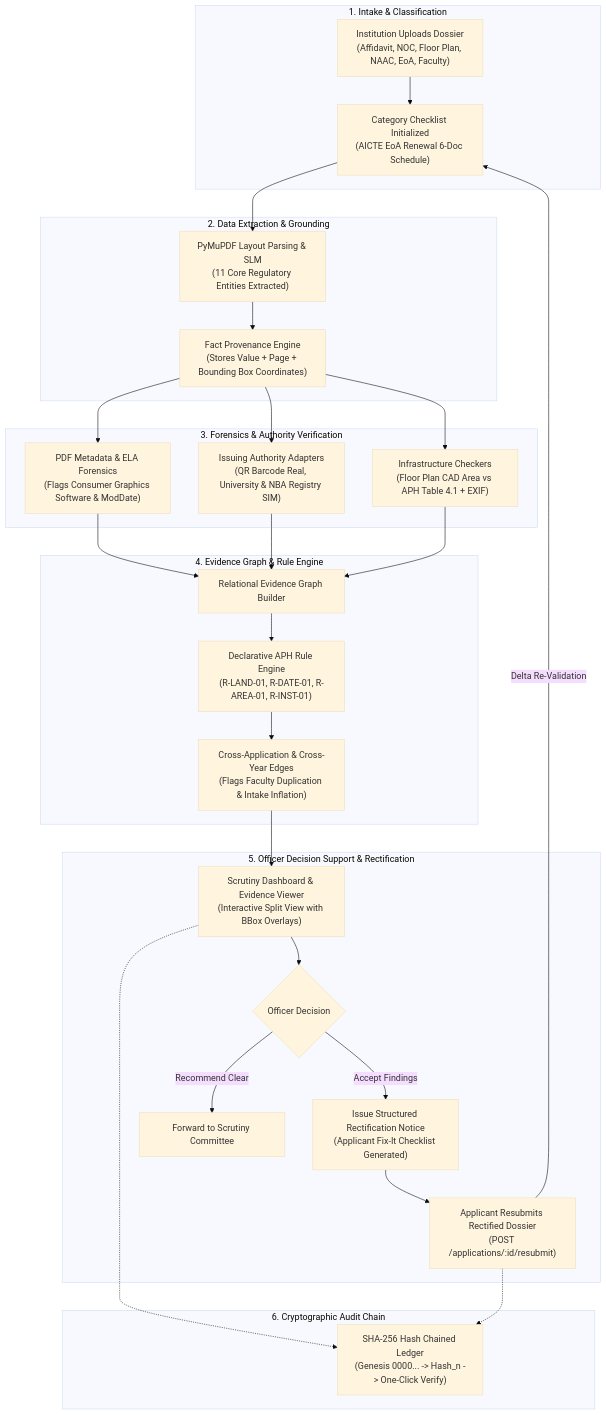
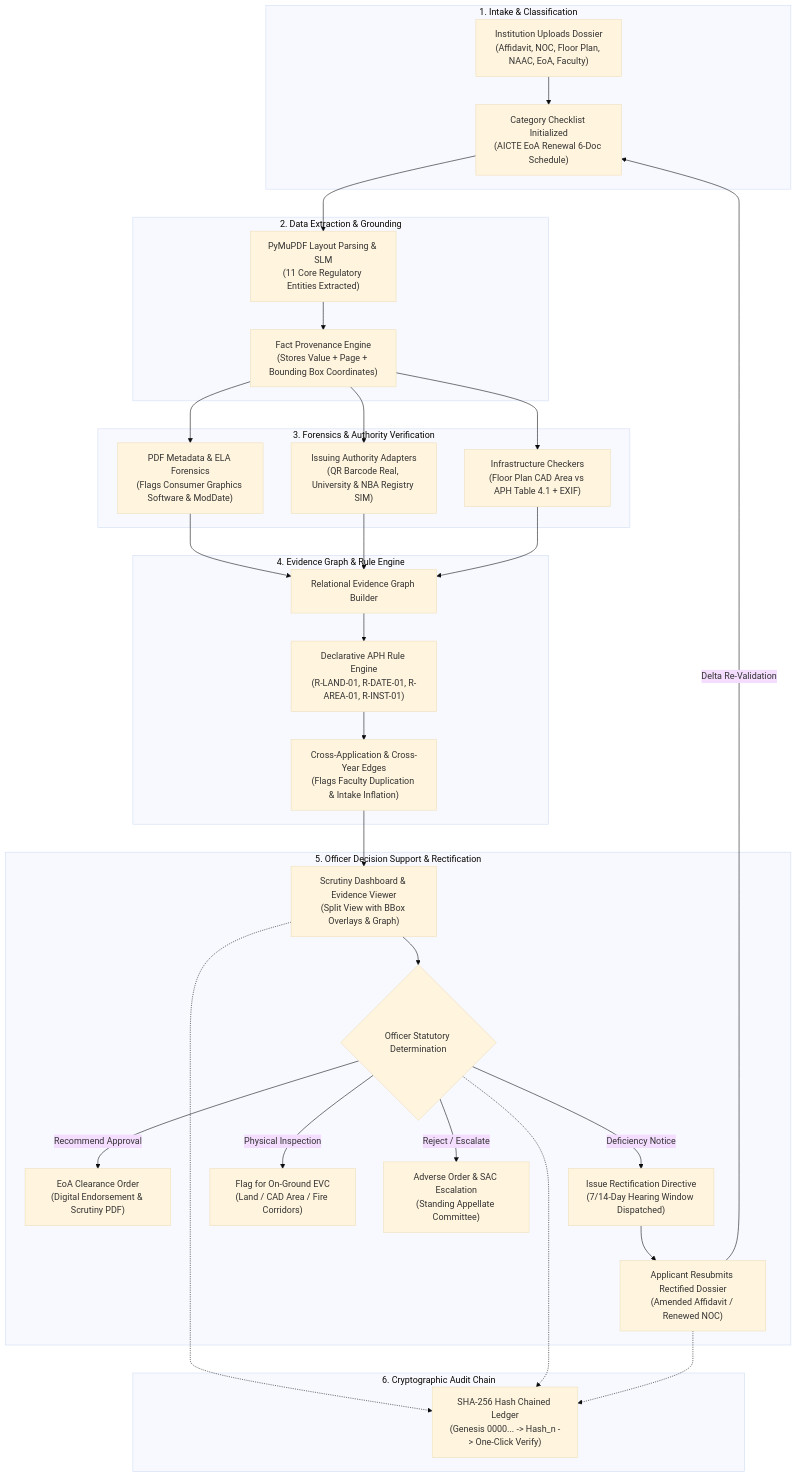
The first of 2 diagrams in README.md (ShresthSingh01/Pramiti), drawn with Mermaid (base theme) before and after one commit. The commit also changed other lines of this file and 93 other files, not shown here.

````diff
--- a/README.md
+++ b/README.md
@@ -122,39 +122,42 @@
 ```mermaid
 flowchart TD
     subgraph Step1 ["1. Intake & Classification"]
         A["Institution Uploads Dossier<br/>(Affidavit, NOC, Floor Plan, NAAC, EoA, Faculty)"] --> B["Category Checklist Initialized<br/>(AICTE EoA Renewal 6-Doc Schedule)"]
     end
 
     subgraph Step2 ["2. Data Extraction & Grounding"]
         B --> C["PyMuPDF Layout Parsing & SLM<br/>(11 Core Regulatory Entities Extracted)"]
         C --> D["Fact Provenance Engine<br/>(Stores Value + Page + Bounding Box Coordinates)"]
     end
 
     subgraph Step3 ["3. Forensics & Authority Verification"]
         D --> E["PDF Metadata & ELA Forensics<br/>(Flags Consumer Graphics Software & ModDate)"]
         D --> F["Issuing Authority Adapters<br/>(QR Barcode Real, University & NBA Registry SIM)"]
         D --> G["Infrastructure Checkers<br/>(Floor Plan CAD Area vs APH Table 4.1 + EXIF)"]
     end
 
     subgraph Step4 ["4. Evidence Graph & Rule Engine"]
         E --> H["Relational Evidence Graph Builder"]
         F --> H
         G --> H
         H --> I["Declarative APH Rule Engine<br/>(R-LAND-01, R-DATE-01, R-AREA-01, R-INST-01)"]
         I --> J["Cross-Application & Cross-Year Edges<br/>(Flags Faculty Duplication & Intake Inflation)"]
     end
 
     subgraph Step5 ["5. Officer Decision Support & Rectification"]
-        J --> K["Scrutiny Dashboard & Evidence Viewer<br/>(Interactive Split View with BBox Overlays)"]
-        K --> L{"Officer Decision"}
-        L -->|"Accept Findings"| M["Issue Structured Rectification Notice<br/>(Applicant Fix-It Checklist Generated)"]
-        L -->|"Recommend Clear"| N["Forward to Scrutiny Committee"]
-        M --> O["Applicant Resubmits Rectified Dossier<br/>(POST /applications/:id/resubmit)"]
+        J --> K["Scrutiny Dashboard & Evidence Viewer<br/>(Split View with BBox Overlays & Graph)"]
+        K --> L{"Officer Statutory Determination"}
+        L -->|"Recommend Approval"| N["EoA Clearance Order<br/>(Digital Endorsement & Scrutiny PDF)"]
+        L -->|"Deficiency Notice"| M["Issue Rectification Directive<br/>(7/14-Day Hearing Window Dispatched)"]
+        L -->|"Physical Inspection"| Q["Flag for On-Ground EVC<br/>(Land / CAD Area / Fire Corridors)"]
+        L -->|"Reject / Escalate"| R["Adverse Order & SAC Escalation<br/>(Standing Appellate Committee)"]
+        M --> O["Applicant Resubmits Rectified Dossier<br/>(Amended Affidavit / Renewed NOC)"]
         O -->|"Delta Re-Validation"| B
     end
 
     subgraph Step6 ["6. Cryptographic Audit Chain"]
         K -.-> P["SHA-256 Hash Chained Ledger<br/>(Genesis 0000... -> Hash_n -> One-Click Verify)"]
+        L -.-> P
         O -.-> P
     end
 ```
````
